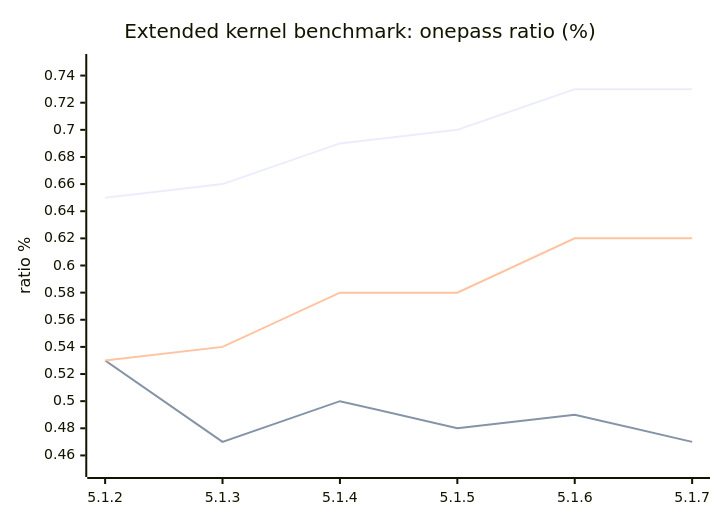
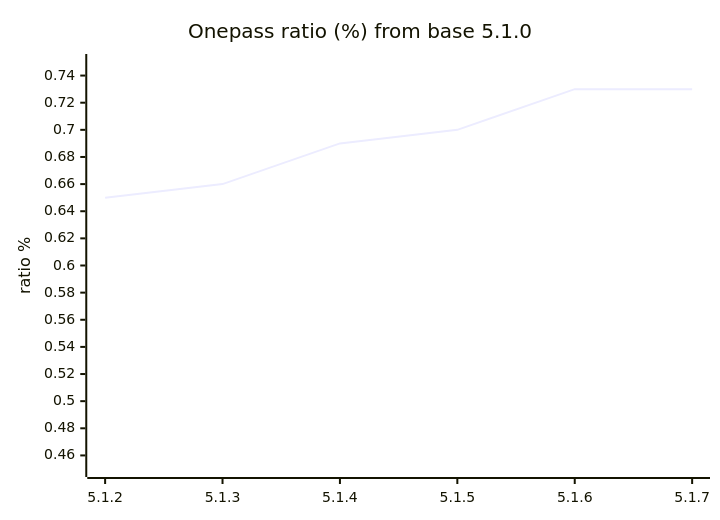
One commit to darrelllong/Delta-Compression changed the third of 8 diagrams in ANALYSIS.md. Above: the diagram before and after it, drawn with Mermaid. The commit also changed other lines of this file, not shown here.

Commit message:
Clarify inline benchmark charts

````diff
--- a/ANALYSIS.md
+++ b/ANALYSIS.md
@@ -419,9 +419,7 @@
 ```mermaid
 xychart-beta
-    title "Extended kernel benchmark: onepass ratio (%)"
+    title "Onepass ratio (%) from base 5.1.0"
     x-axis ["5.1.2", "5.1.3", "5.1.4", "5.1.5", "5.1.6", "5.1.7"]
     y-axis "ratio %" 0.45 --> 0.75
     line [0.65, 0.66, 0.69, 0.70, 0.73, 0.73]
-    line [0.53, 0.47, 0.50, 0.48, 0.49, 0.47]
-    line [0.53, 0.54, 0.58, 0.58, 0.62, 0.62]
 ```
````
